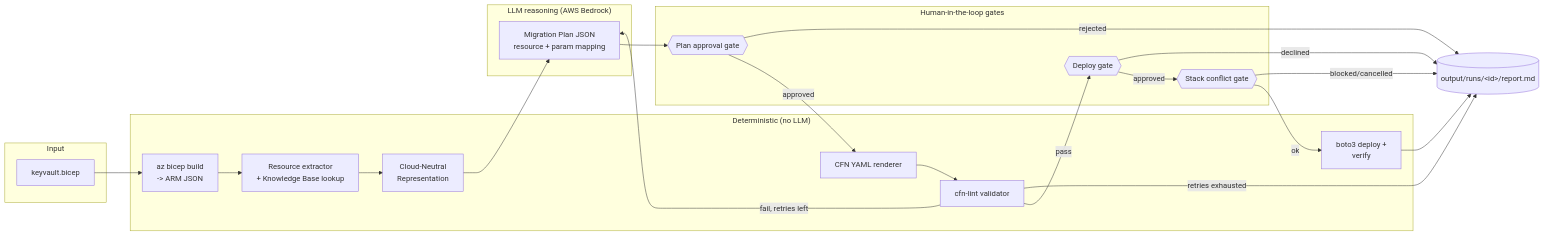
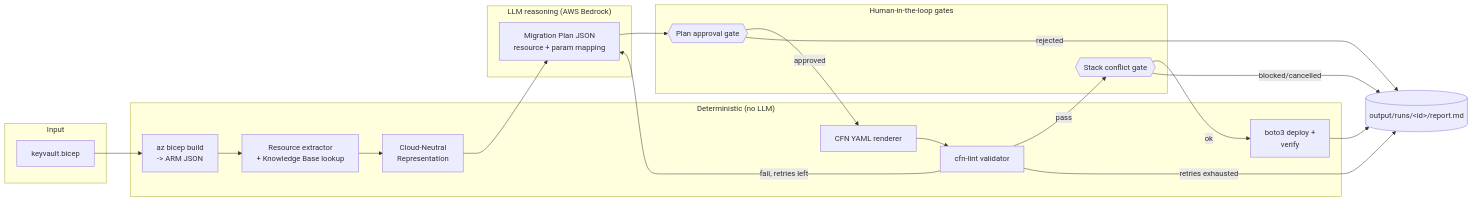
One commit to koppolu-teja-ness/az_key_vault changed the first of 2 diagrams in README.md. Above: the diagram before and after it, drawn with Mermaid. The commit also changed other lines of this file and 13 other files, not shown here.

````diff
--- a/README.md
+++ b/README.md
@@ -35,35 +37,33 @@
 ```mermaid
 flowchart LR
     subgraph Input
         A[keyvault.bicep]
     end
 
     subgraph Deterministic["Deterministic (no LLM)"]
         B[az bicep build\n-> ARM JSON]
         C[Resource extractor\n+ Knowledge Base lookup]
         D[Cloud-Neutral\nRepresentation]
         F[CFN YAML renderer]
         G[cfn-lint validator]
         I[boto3 deploy +\nverify]
     end
 
     subgraph Reasoning["LLM reasoning (AWS Bedrock)"]
         E[Migration Plan JSON\nresource + param mapping]
     end
 
     subgraph Human["Human-in-the-loop gates"]
         H1{{Plan approval gate}}
-        H2{{Deploy gate}}
         H3{{Stack conflict gate}}
     end
 
     A --> B --> C --> D --> E --> H1
     H1 -- approved --> F --> G
     G -- fail, retries left --> E
-    G -- pass --> H2 -- approved --> H3 -- ok --> I
+    G -- pass --> H3 -- ok --> I
     I --> R[(output/runs/&lt;id&gt;/report.md)]
     H1 -- rejected --> R
-    H2 -- declined --> R
     H3 -- blocked/cancelled --> R
     G -- retries exhausted --> R
 ```
````
